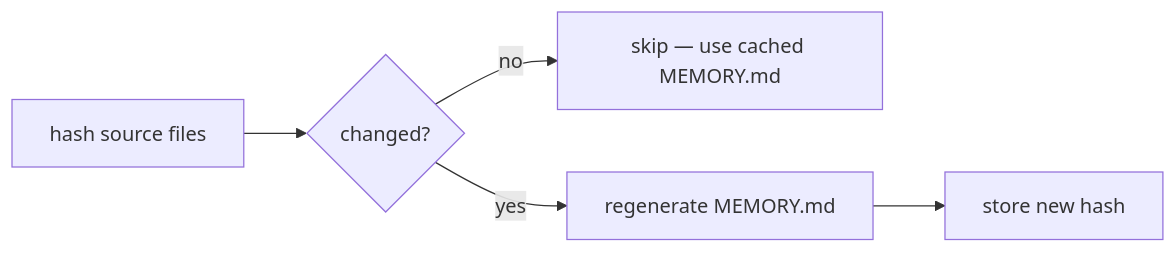
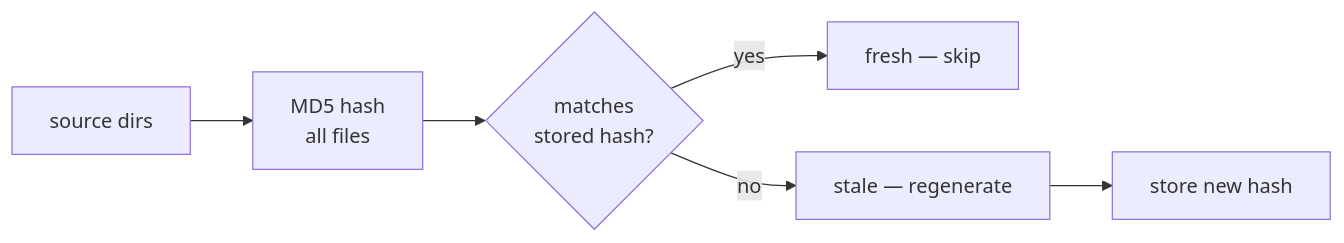
The third of 3 diagrams in docs/memory.md (Kord96/kordinate), drawn with Mermaid before and after one commit. The commit also changed other lines of this file and 2 other files, not shown here.

First line of the commit message:
docs: centralize cache system in memory.md, update to 2x2 model [scribe]

````diff
--- a/docs/memory.md
+++ b/docs/memory.md
@@ -41,7 +90,8 @@
 ```mermaid
 flowchart LR
-    H[hash source files] --> C{changed?}
-    C -->|no| S[skip — use cached MEMORY.md]
-    C -->|yes| R[regenerate MEMORY.md]
+    S[source dirs] --> H[MD5 hash<br/>all files]
+    H --> C{matches<br/>stored hash?}
+    C -->|yes| F[fresh — skip]
+    C -->|no| R[stale — regenerate]
     R --> W[store new hash]
 ```
````
